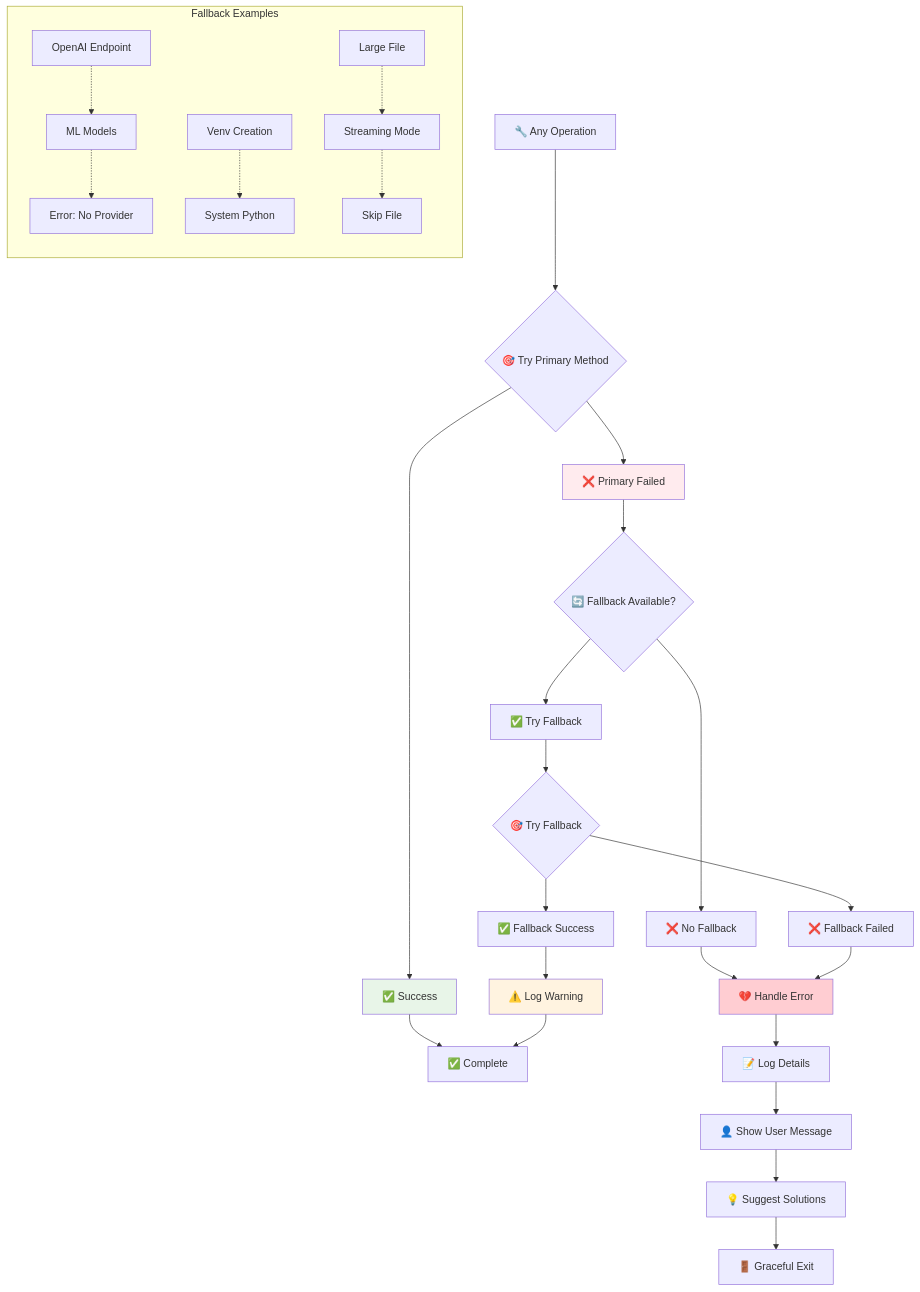
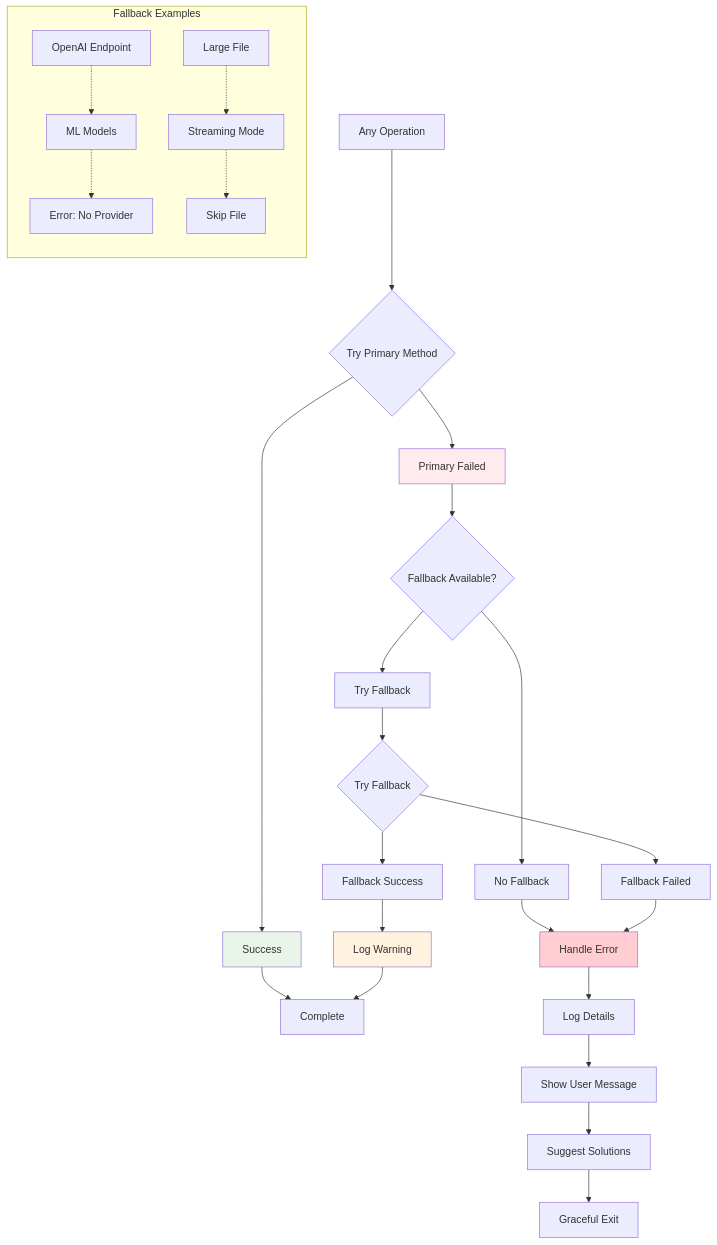
The eighth of 9 diagrams in docs/DIAGRAMS.md (FSSCoding/Fss-Mini-Rag), drawn with Mermaid before and after one commit. The commit also changed other lines of this file and 17 other files, not shown here.

````diff
--- a/docs/DIAGRAMS.md
+++ b/docs/DIAGRAMS.md
@@ -290,34 +285,32 @@
 ```mermaid
 flowchart TD
-    Operation[🔧 Any Operation] --> Try{🎯 Try Primary Method}
-    
-    Try --> Success[✅ Success] --> Done[✅ Complete]
-    Try --> Fail[❌ Primary Failed] --> Fallback{🔄 Fallback Available?}
-    
-    Fallback --> NoFallback[❌ No Fallback] --> Error
-    Fallback --> HasFallback[✅ Try Fallback] --> FallbackTry{🎯 Try Fallback}
-    
-    FallbackTry --> FallbackOK[✅ Fallback Success] --> Warn[⚠️ Log Warning] --> Done
-    FallbackTry --> FallbackFail[❌ Fallback Failed] --> Error
-    
-    Error[💔 Handle Error] --> Log[📝 Log Details]
-    Log --> UserMsg[👤 Show User Message]
-    UserMsg --> Suggest[💡 Suggest Solutions]
-    Suggest --> Exit[🚪 Graceful Exit]
-    
+    Operation[Any Operation] --> Try{Try Primary Method}
+
+    Try --> Success[Success] --> Done[Complete]
+    Try --> Fail[Primary Failed] --> Fallback{Fallback Available?}
+
+    Fallback --> NoFallback[No Fallback] --> Error
+    Fallback --> HasFallback[Try Fallback] --> FallbackTry{Try Fallback}
+
+    FallbackTry --> FallbackOK[Fallback Success] --> Warn[Log Warning] --> Done
+    FallbackTry --> FallbackFail[Fallback Failed] --> Error
+
+    Error[Handle Error] --> Log[Log Details]
+    Log --> UserMsg[Show User Message]
+    UserMsg --> Suggest[Suggest Solutions]
+    Suggest --> Exit[Graceful Exit]
+
     subgraph "Fallback Examples"
         direction TB
         OpenAIEmb[OpenAI Endpoint] -.-> ML[ML Models]
         ML -.-> NoEmbed[Error: No Provider]
 
-        VenvFail[Venv Creation] -.-> SystemPy[System Python]
+        LargeFile[Large File] -.-> Stream[Streaming Mode]
+        Stream -.-> SkipFile[Skip File]
+    end
 
-        LargeFile[Large File] -.-> Stream[Streaming Mode]
-        Stream -.-> Skip[Skip File]
-    end
-    
     style Success fill:#e8f5e8
     style Fail fill:#ffebee
     style Warn fill:#fff3e0
     style Error fill:#ffcdd2
 ```
````
